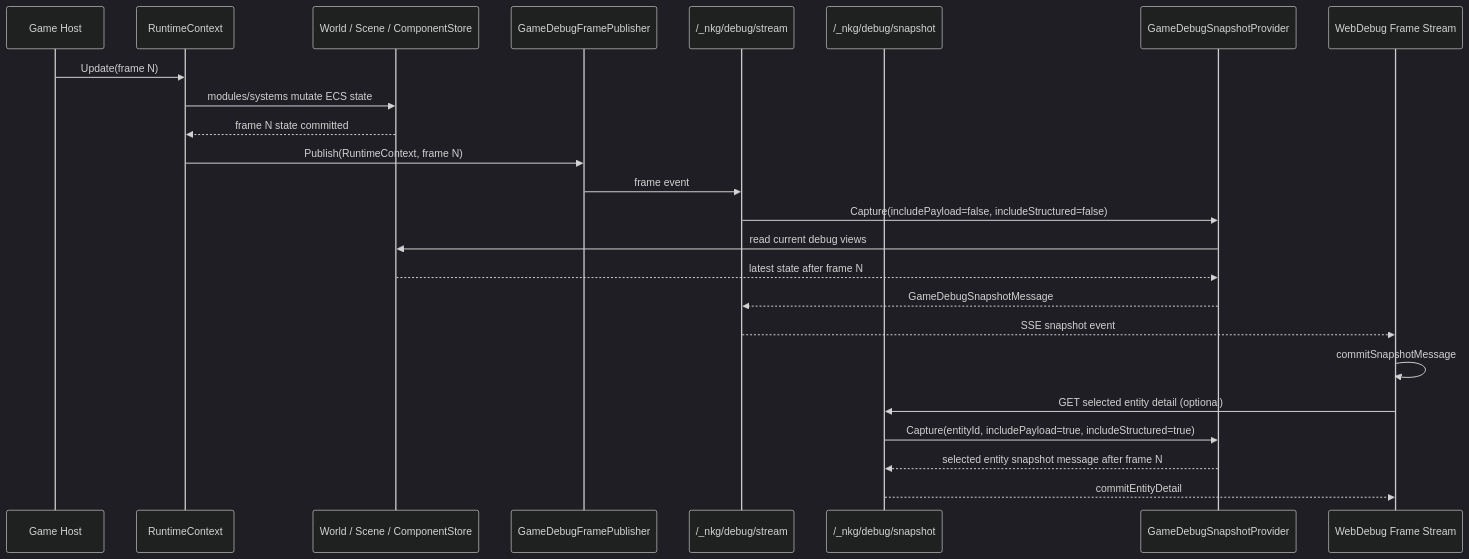
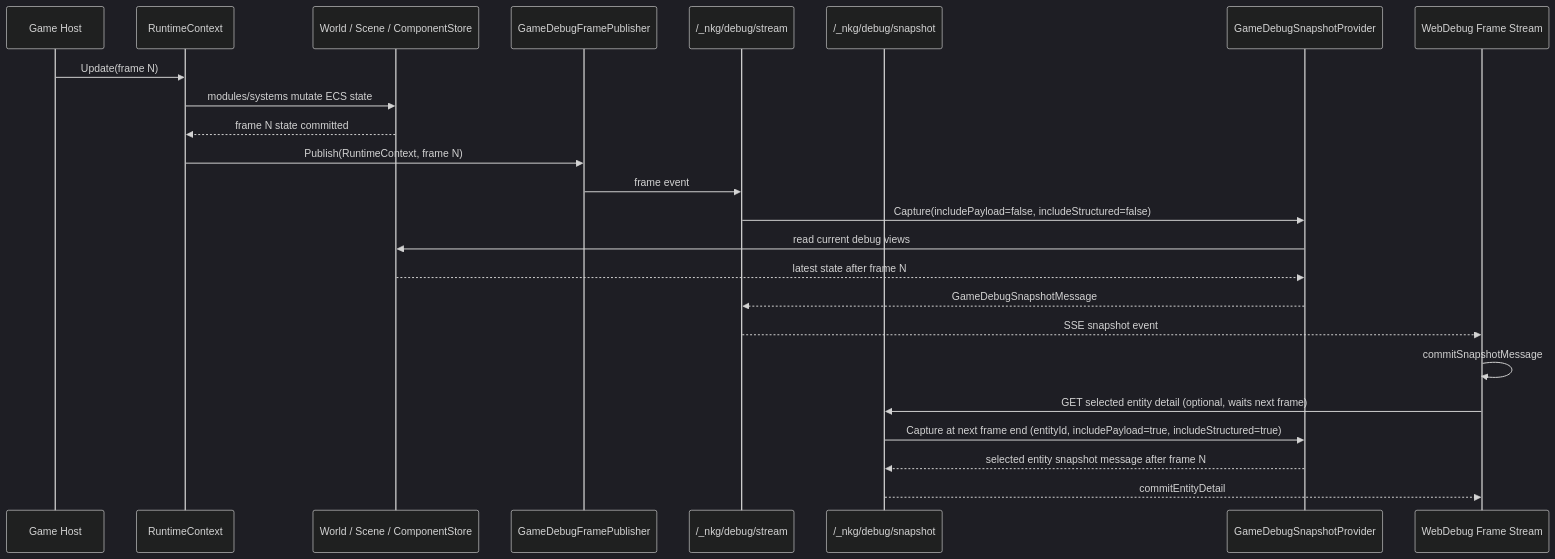
The sixth of 10 diagrams in docs/debug-and-dump.md (wqaetly/NKGGameFramework), drawn with Mermaid (dark theme) before and after one commit. The commit also changed other lines of this file and 5 other files, not shown here.

````diff
--- a/docs/debug-and-dump.md
+++ b/docs/debug-and-dump.md
@@ -205,27 +208,27 @@
 ```mermaid
 sequenceDiagram
     participant Host as Game Host
     participant Runtime as RuntimeContext
     participant State as World / Scene / ComponentStore
     participant Publisher as GameDebugFramePublisher
     participant Stream as /_nkg/debug/stream
     participant Snapshot as /_nkg/debug/snapshot
     participant Provider as GameDebugSnapshotProvider
     participant Web as WebDebug Frame Stream
 
     Host->>Runtime: Update(frame N)
     Runtime->>State: modules/systems mutate ECS state
     State-->>Runtime: frame N state committed
     Runtime->>Publisher: Publish(RuntimeContext, frame N)
     Publisher->>Stream: frame event
     Stream->>Provider: Capture(includePayload=false, includeStructured=false)
     Provider->>State: read current debug views
     State-->>Provider: latest state after frame N
     Provider-->>Stream: GameDebugSnapshotMessage
     Stream-->>Web: SSE snapshot event
     Web->>Web: commitSnapshotMessage
-    Web->>Snapshot: GET selected entity detail (optional)
-    Snapshot->>Provider: Capture(entityId, includePayload=true, includeStructured=true)
+    Web->>Snapshot: GET selected entity detail (optional, waits next frame)
+    Snapshot->>Provider: Capture at next frame end (entityId, includePayload=true, includeStructured=true)
     Provider-->>Snapshot: selected entity snapshot message after frame N
     Snapshot-->>Web: commitEntityDetail
 ```
````
